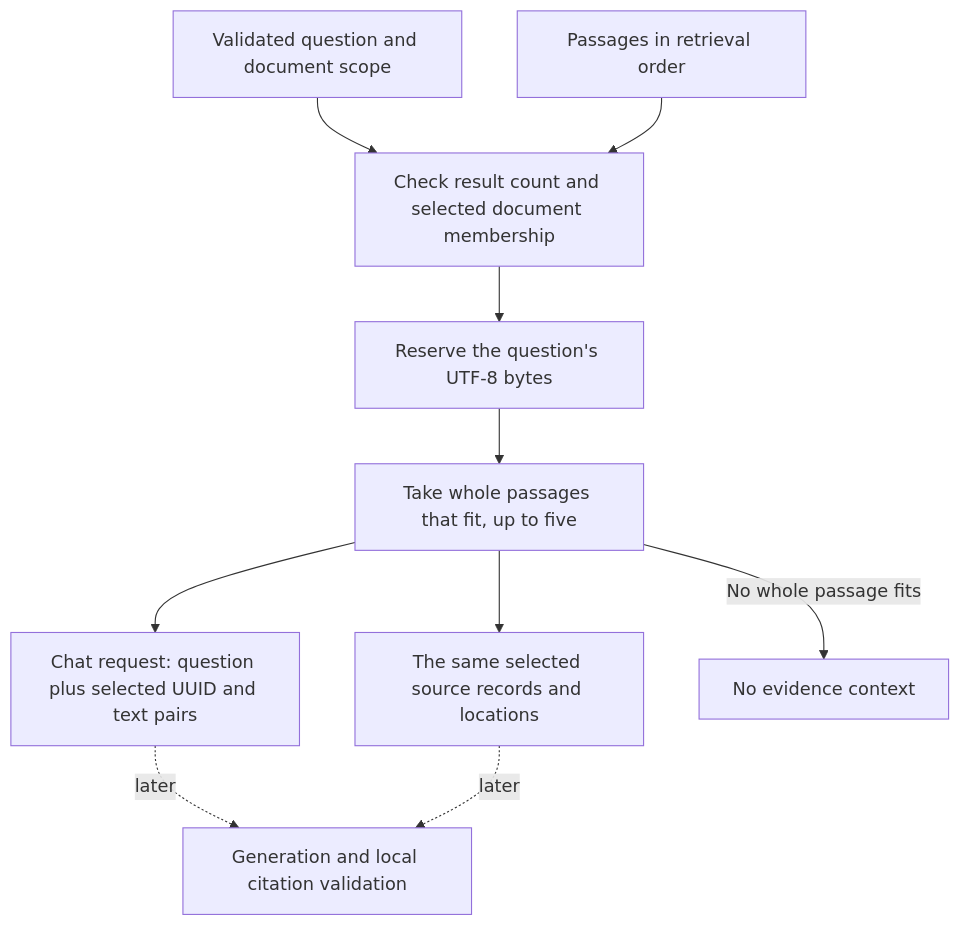
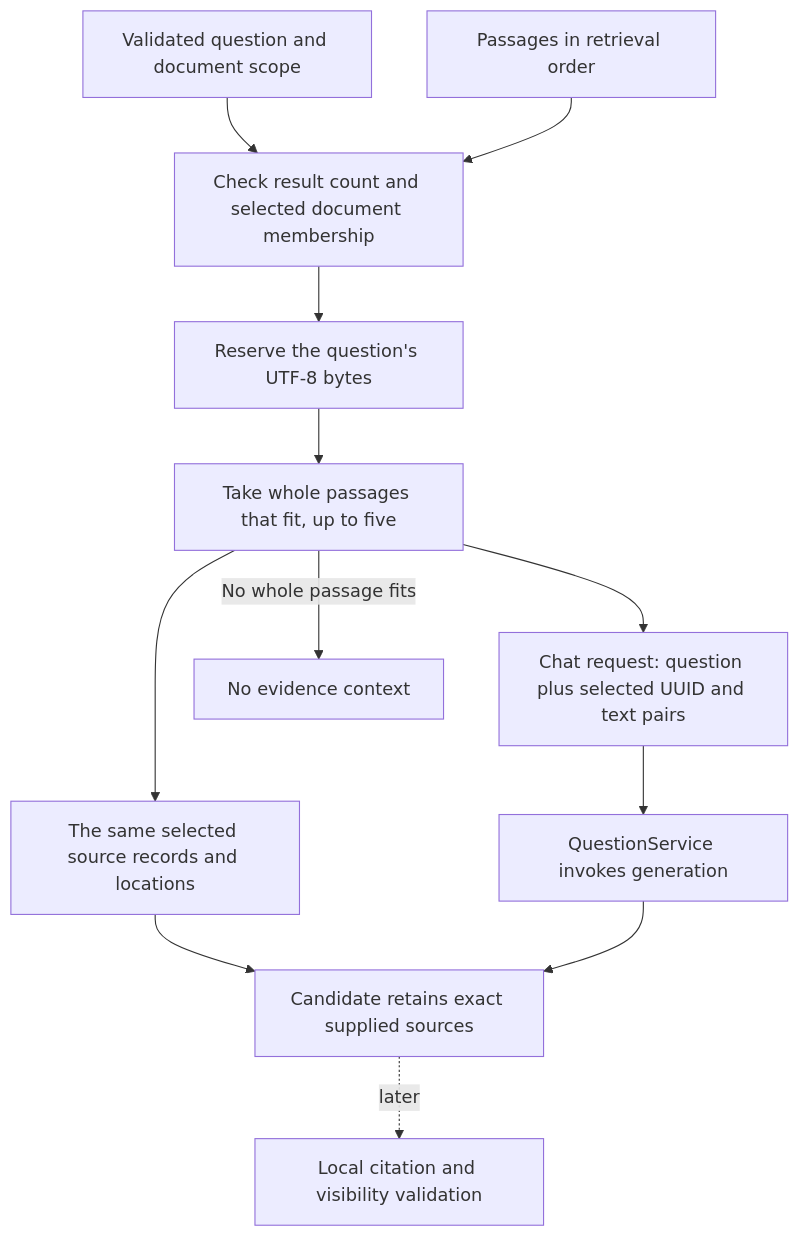
One commit to FarukValjevac/SecondBrain changed diagram 26 of 28 in .learnigns/embedding-contract-guide.md. Above: the diagram before and after it, drawn with Mermaid. The commit also changed other lines of this file and 6 other files, not shown here.

````diff
--- a/.learnigns/embedding-contract-guide.md
+++ b/.learnigns/embedding-contract-guide.md
@@ -1270,12 +1270,14 @@
 ```mermaid
 flowchart TD
     Query[Validated question and document scope] --> Check[Check result count and selected document membership]
     Results[Passages in retrieval order] --> Check
     Check --> Budget[Reserve the question's UTF-8 bytes]
     Budget --> Select[Take whole passages that fit, up to five]
     Select --> Request[Chat request: question plus selected UUID and text pairs]
     Select --> Sources[The same selected source records and locations]
     Select -->|No whole passage fits| Empty[No evidence context]
-    Request -. later .-> Generation[Generation and local citation validation]
-    Sources -. later .-> Generation
+    Request --> Generation[QuestionService invokes generation]
+    Sources --> Candidate[Candidate retains exact supplied sources]
+    Generation --> Candidate
+    Candidate -. later .-> Validation[Local citation and visibility validation]
 ```
````
